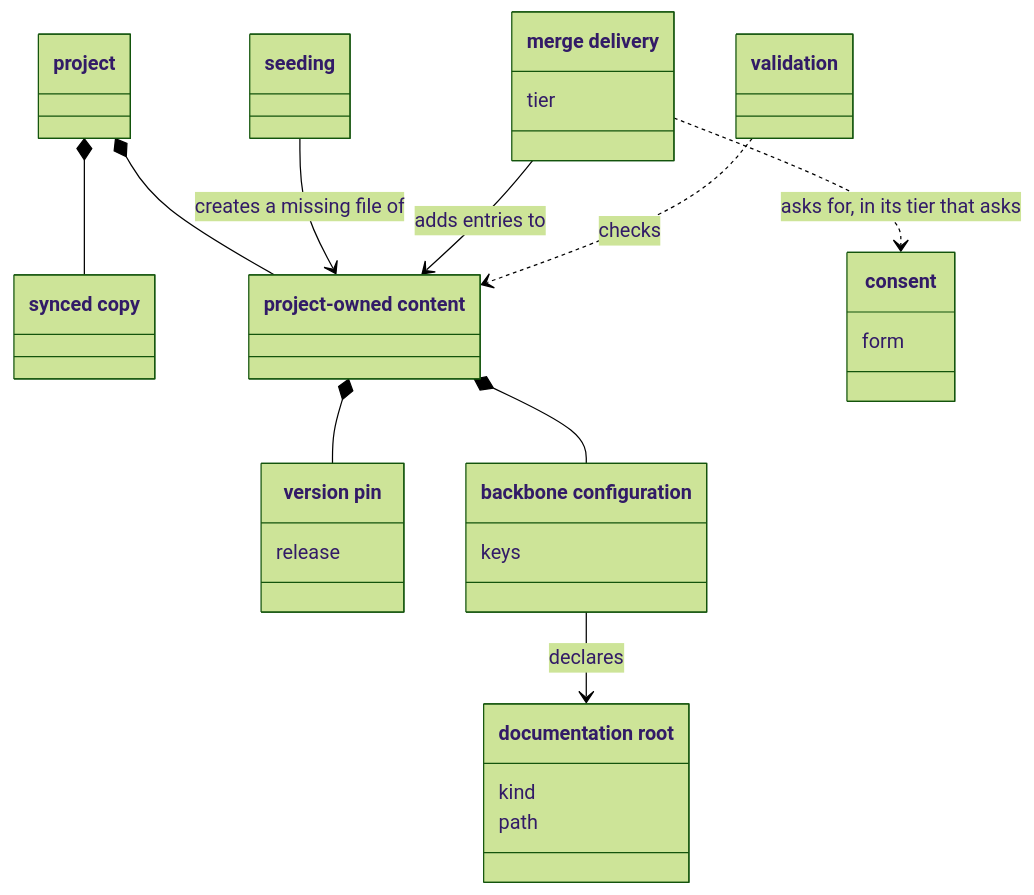
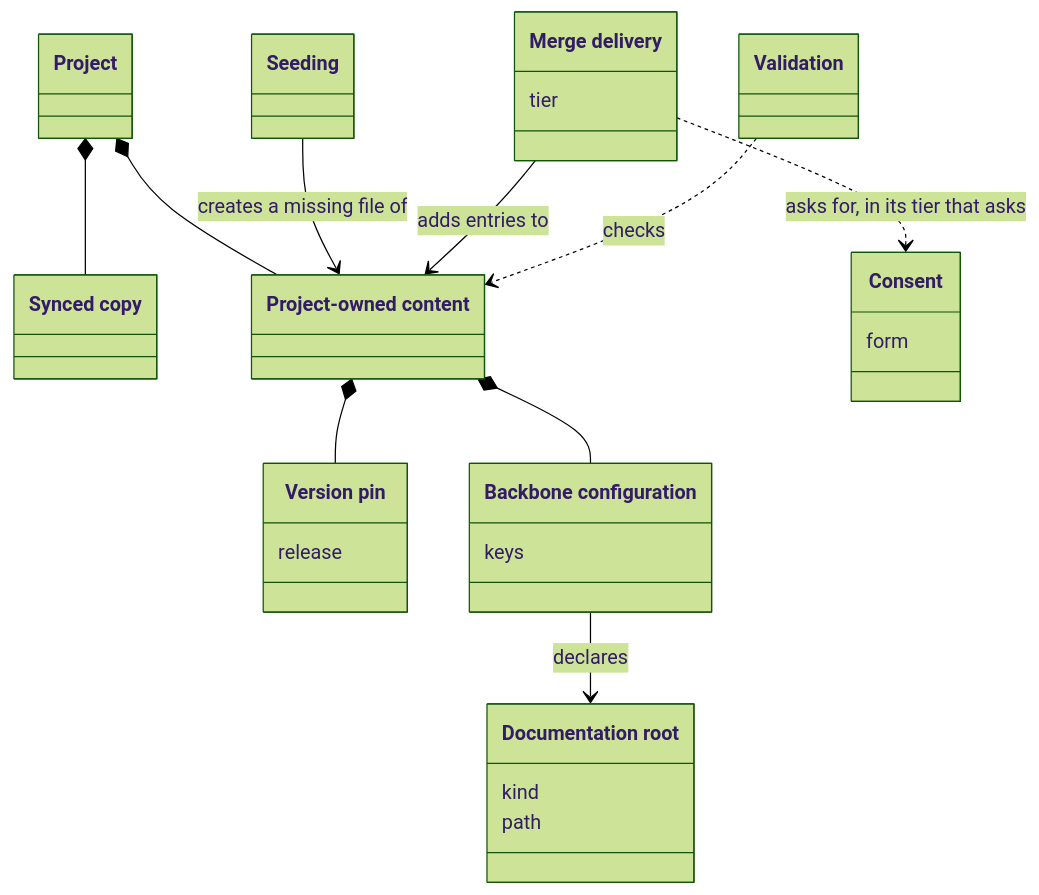
The first of 2 diagrams in tech-docs/analysis/core/domain-model/050-a-projects-own-files.md (aleskalfas/project-kit), drawn with Mermaid (forest theme) before and after one commit. The commit also changed other lines of this file and 6 other files, not shown here.

````diff
--- a/tech-docs/analysis/core/domain-model/050-a-projects-own-files.md
+++ b/tech-docs/analysis/core/domain-model/050-a-projects-own-files.md
@@ -56,30 +56,30 @@
 ```mermaid
 classDiagram
   accTitle: A project's own files
   accDescr: A project holds project-owned content beside its synced copies. Seeding creates a missing seed path, and merge delivery adds the methodology's entries to a project-owned file. Merge delivery's tier that asks needs consent. The version pin and the backbone configuration are project-owned files. The backbone configuration declares the documentation roots. Validation checks the project's own files, the backbone configuration among them.
-  class Project["project"]
-  class SyncedCopy["synced copy"]
-  class ProjectOwnedContent["project-owned content"]
-  class Seeding["seeding"]
-  class MergeDelivery["merge delivery"]
+  class Project["Project"]
+  class SyncedCopy["Synced copy"]
+  class ProjectOwnedContent["Project-owned content"]
+  class Seeding["Seeding"]
+  class MergeDelivery["Merge delivery"]
   MergeDelivery : tier
-  class Consent["consent"]
+  class Consent["Consent"]
   Consent : form
-  class VersionPin["version pin"]
+  class VersionPin["Version pin"]
   VersionPin : release
-  class Validation["validation"]
-  class BackboneConfiguration["backbone configuration"]
+  class Validation["Validation"]
+  class BackboneConfiguration["Backbone configuration"]
   BackboneConfiguration : keys
-  class DocumentationRoot["documentation root"]
+  class DocumentationRoot["Documentation root"]
   DocumentationRoot : kind
   DocumentationRoot : path
   Project *-- ProjectOwnedContent
   Project *-- SyncedCopy
   ProjectOwnedContent *-- VersionPin
   ProjectOwnedContent *-- BackboneConfiguration
   Seeding --> ProjectOwnedContent : creates a missing file of
   MergeDelivery --> ProjectOwnedContent : adds entries to
   MergeDelivery ..> Consent : asks for, in its tier that asks
   BackboneConfiguration --> DocumentationRoot : declares
   Validation ..> ProjectOwnedContent : checks
 ```
````
